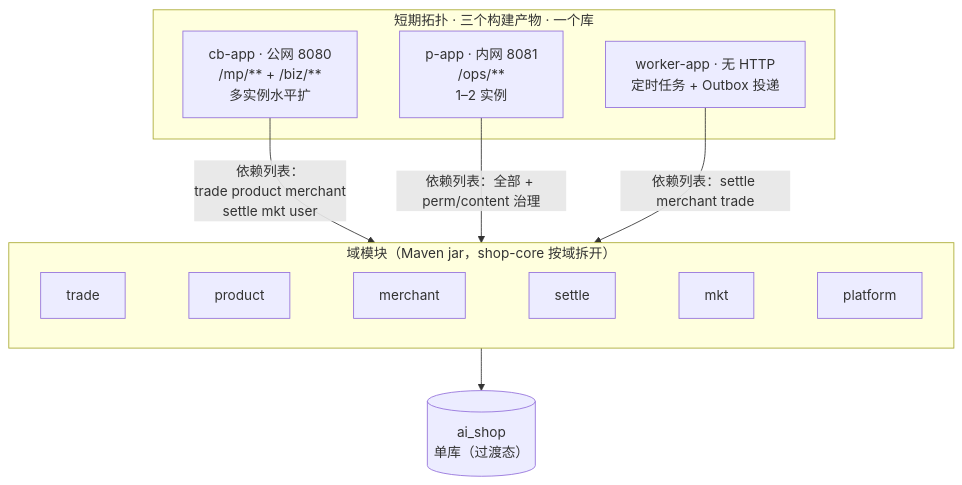
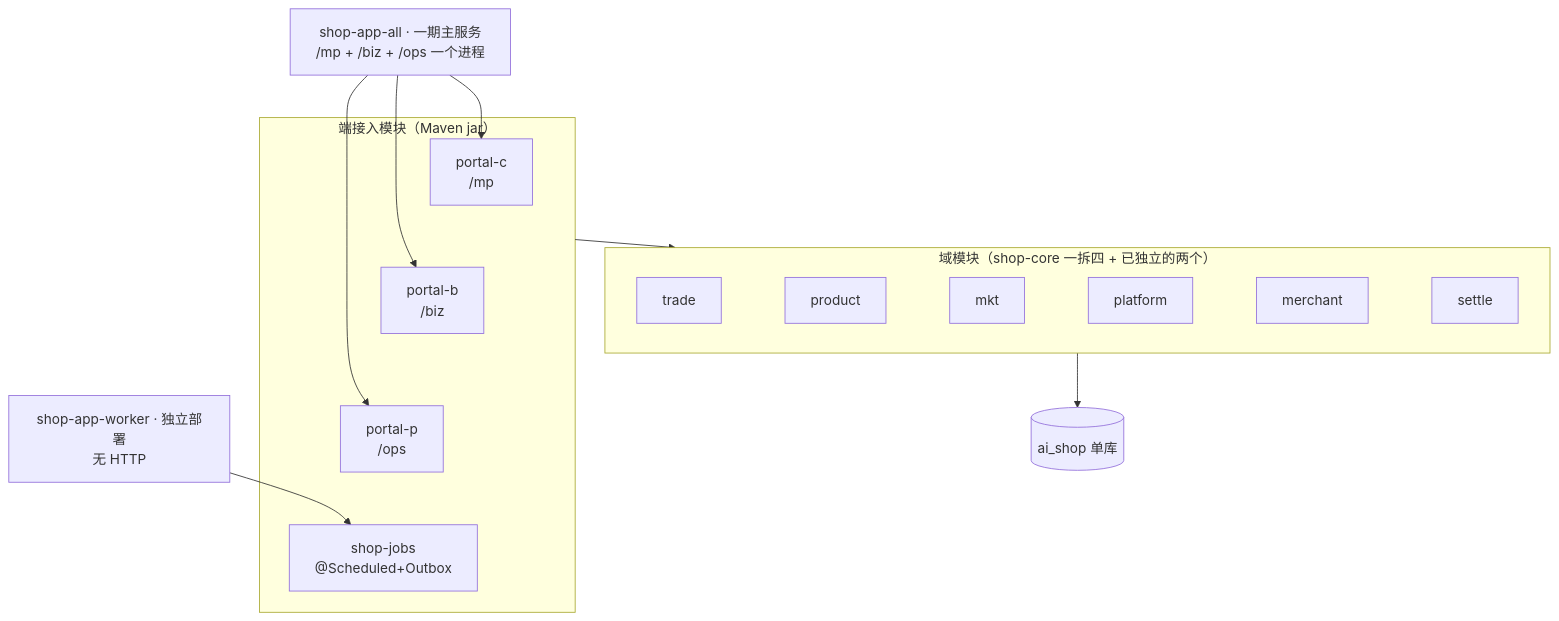
Before and after one commit to robinwu2021-code/ai-shop: the second of 2 diagrams in docs/technical/design/TDD-三端服务拆分-架构与依赖规划.md, drawn with Mermaid. The commit also changed other lines of this file, not shown here.

First line of the commit message:
docs(arch): 一期形态定稿——C+B+P 合一部署 + worker 独立，模块按目标形态先拆

````diff
--- a/docs/technical/design/TDD-三端服务拆分-架构与依赖规划.md
+++ b/docs/technical/design/TDD-三端服务拆分-架构与依赖规划.md
@@ -154,17 +150,16 @@
 ```mermaid
 flowchart TB
-  subgraph 部署["短期拓扑 · 三个构建产物 · 一个库"]
-    CB["cb-app · 公网 8080<br/>/mp/** + /biz/**<br/>多实例水平扩"]
-    P["p-app · 内网 8081<br/>/ops/**<br/>1–2 实例"]
-    W["worker-app · 无 HTTP<br/>定时任务 + Outbox 投递"]
+  ALL["shop-app-all · 一期主服务<br/>/mp + /biz + /ops 一个进程"]
+  WK["shop-app-worker · 独立部署<br/>无 HTTP"]
+  subgraph 接入模块["端接入模块（Maven jar）"]
+    PC["portal-c<br/>/mp"] ~~~ PB["portal-b<br/>/biz"] ~~~ PP["portal-p<br/>/ops"] ~~~ JB["shop-jobs<br/>@Scheduled+Outbox"]
   end
-  subgraph 域模块["域模块（Maven jar，shop-core 按域拆开）"]
+  subgraph 域模块["域模块（shop-core 一拆四 + 已独立的两个）"]
     direction LR
-    M1["trade"] ~~~ M2["product"] ~~~ M3["merchant"] ~~~ M4["settle"] ~~~ M5["mkt"] ~~~ M6["platform"]
+    M1["trade"] ~~~ M2["product"] ~~~ M3["mkt"] ~~~ M4["platform"] ~~~ M5["merchant"] ~~~ M6["settle"]
   end
-  DB[("ai_shop<br/>单库（过渡态）")]
-  CB -->|"依赖列表：<br/>trade product merchant<br/>settle mkt user"| 域模块
-  P -->|"依赖列表：全部 + perm/content 治理"| 域模块
-  W -->|"依赖列表：settle merchant trade"| 域模块
-  域模块 --> DB
+  DB[("ai_shop 单库")]
+  ALL --> PC & PB & PP
+  WK --> JB
+  接入模块 --> 域模块 --> DB
 ```
````
